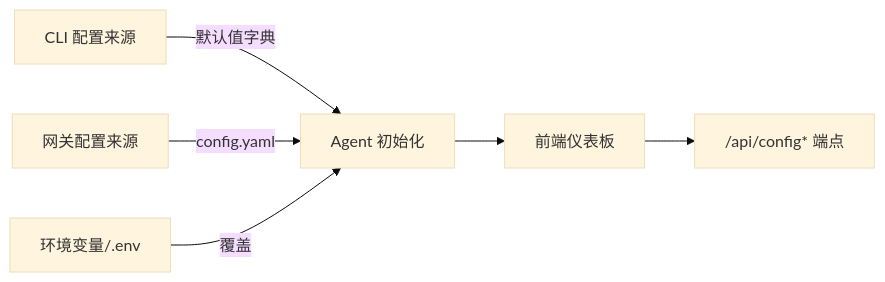
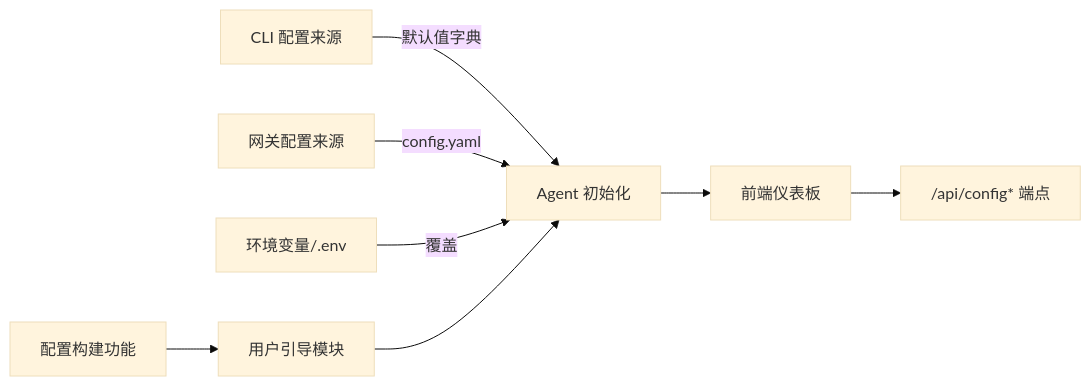
Before and after one commit to haolange/hermes-agent: the fourth of 5 diagrams in .qoder/repowiki/zh/content/命令行界面/配置管理.md, drawn with Mermaid (base theme). The commit also changed other lines of this file and 5 other files, not shown here.

````diff
--- a/.qoder/repowiki/zh/content/命令行界面/配置管理.md
+++ b/.qoder/repowiki/zh/content/命令行界面/配置管理.md
@@ -267,8 +352,10 @@
 ```mermaid
 graph LR
 CLI["CLI 配置来源"] --> |默认值字典| Agent["Agent 初始化"]
 GW["网关配置来源"] --> |config.yaml| Agent
 Env["环境变量/.env"] --> |覆盖| Agent
 Agent --> FE["前端仪表板"]
 FE --> API["/api/config* 端点"]
+Onboarding["用户引导模块"] --> Agent
+ProfileBuild["配置构建功能"] --> Onboarding
 ```
````
